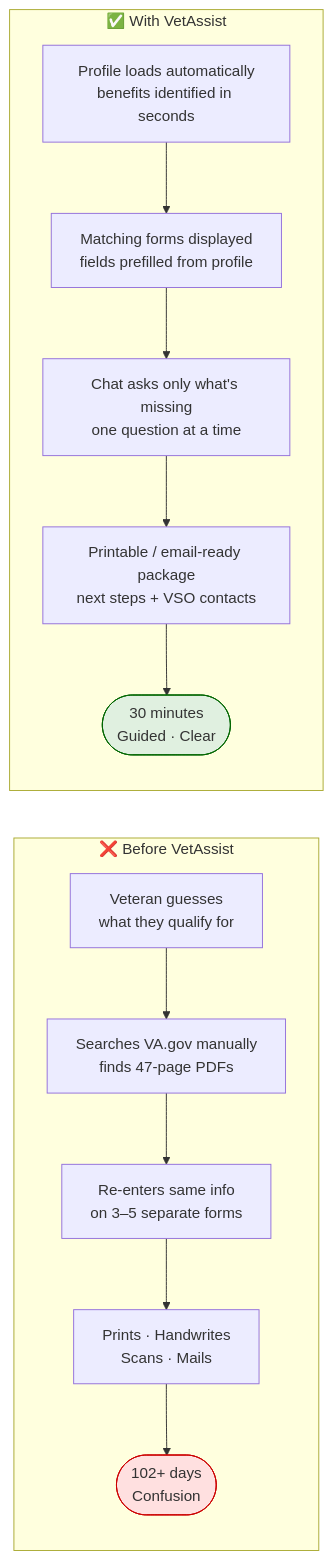
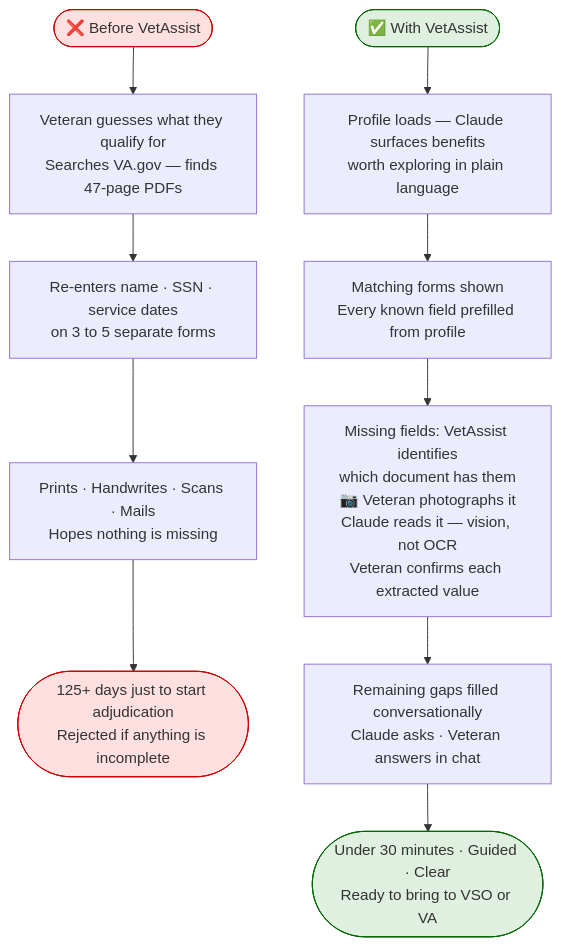
The third of 8 diagrams in README.md (akaseahawk/VetAssist), drawn with Mermaid before and after one commit. The commit also changed other lines of this file and 1 other file, not shown here.

````diff
--- a/README.md
+++ b/README.md
@@ -130,25 +131,29 @@
 ```mermaid
-flowchart LR
-    subgraph BEFORE["❌ Before VetAssist"]
-        direction TB
-        B1[Veteran guesses\nwhat they qualify for]
-        B2[Searches VA.gov manually\nfinds 47-page PDFs]
-        B3[Re-enters same info\non 3–5 separate forms]
-        B4[Prints · Handwrites\nScans · Mails]
-        B5([102+ days\nConfusion])
-        B1 --> B2 --> B3 --> B4 --> B5
-    end
+flowchart TD
+    B0(["❌ Before VetAssist"])
+    B0 --> B1
+    B1["Veteran guesses what they qualify for\nSearches VA.gov — finds 47-page PDFs"]
+    B1 --> B2
+    B2["Re-enters name · SSN · service dates\non 3 to 5 separate forms"]
+    B2 --> B3
+    B3["Prints · Handwrites · Scans · Mails\nHopes nothing is missing"]
+    B3 --> B4
+    B4(["125+ days just to start adjudication\nRejected if anything is incomplete"])
 
-    subgraph AFTER["✅ With VetAssist"]
-        direction TB
-        A1[Profile loads automatically\nbenefits identified in seconds]
-        A2[Matching forms displayed\nfields prefilled from profile]
-        A3[Chat asks only what's missing\none question at a time]
-        A4[Printable / email-ready package\nnext steps + VSO contacts]
-        A5([30 minutes\nGuided · Clear])
-        A1 --> A2 --> A3 --> A4 --> A5
-    end
+    A0(["✅ With VetAssist"])
+    A0 --> A1
+    A1["Profile loads — Claude surfaces benefits\nworth exploring in plain language"]
+    A1 --> A2
+    A2["Matching forms shown\nEvery known field prefilled from profile"]
+    A2 --> A3
+    A3["Missing fields: VetAssist identifies\nwhich document has them\n📷 Veteran photographs it\nClaude reads it — vision, not OCR\nVeteran confirms each extracted value"]
+    A3 --> A4
+    A4["Remaining gaps filled conversationally\nClaude asks · Veteran answers in chat"]
+    A4 --> A5
+    A5(["Under 30 minutes · Guided · Clear\nReady to bring to VSO or VA"])
 
-    style B5 fill:#ffe0e0,stroke:#cc0000
+    style B0 fill:#ffe0e0,stroke:#cc0000
+    style B4 fill:#ffe0e0,stroke:#cc0000
+    style A0 fill:#e0f0e0,stroke:#006600
     style A5 fill:#e0f0e0,stroke:#006600
 ```
````
